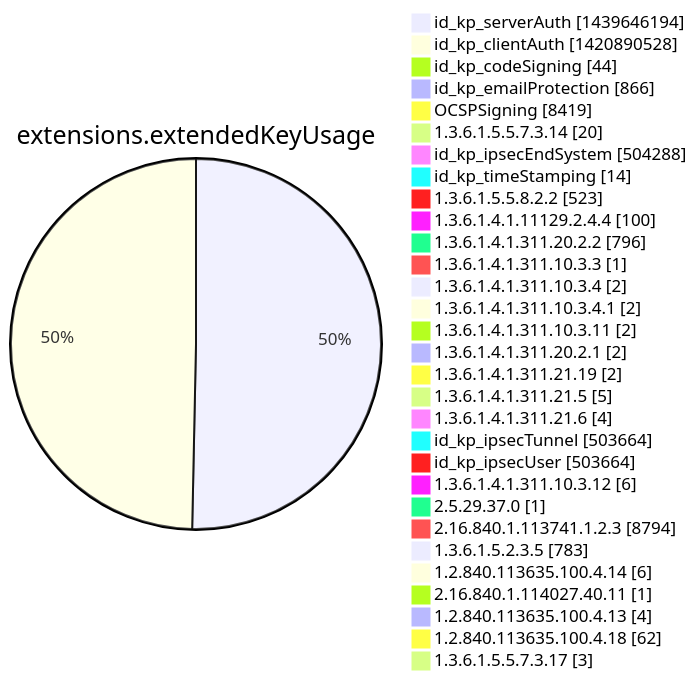
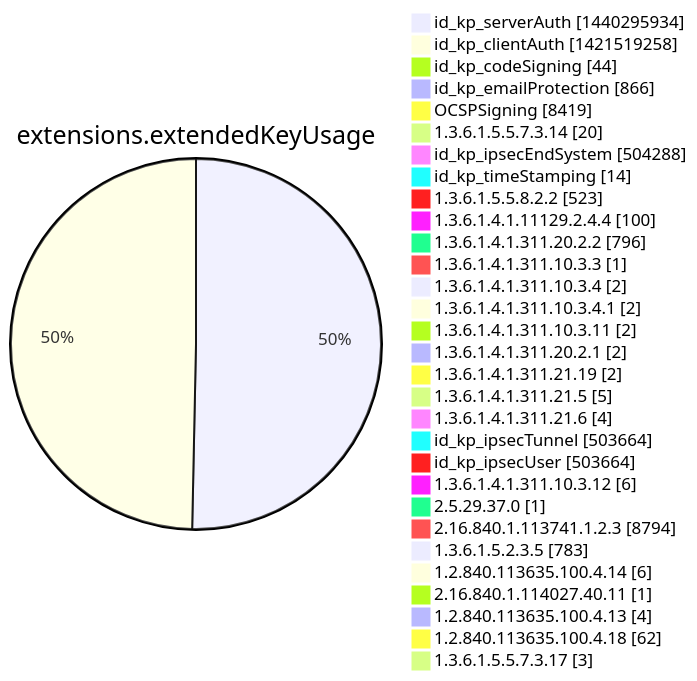
One commit to christiankrug/ctmonitor_visualization changed diagram 12 of 15 in argon2022/README.md. Above: the diagram before and after it, drawn with Mermaid. The commit also changed other lines of this file, not shown here.

````diff
--- a/argon2022/README.md
+++ b/argon2022/README.md
@@ -3555,34 +3555,34 @@
 ```mermaid
 pie showData
 title extensions.extendedKeyUsage
-"id_kp_serverAuth" :1439646194
-"id_kp_clientAuth" :1420890528
+"id_kp_serverAuth" :1440295934
+"id_kp_clientAuth" :1421519258
 "id_kp_codeSigning" :44
 "id_kp_emailProtection" :866
 "OCSPSigning" :8419
 "1.3.6.1.5.5.7.3.14" :20
 "id_kp_ipsecEndSystem" :504288
 "id_kp_timeStamping" :14
 "1.3.6.1.5.5.8.2.2" :523
 "1.3.6.1.4.1.11129.2.4.4" :100
 "1.3.6.1.4.1.311.20.2.2" :796
 "1.3.6.1.4.1.311.10.3.3" :1
 "1.3.6.1.4.1.311.10.3.4" :2
 "1.3.6.1.4.1.311.10.3.4.1" :2
 "1.3.6.1.4.1.311.10.3.11" :2
 "1.3.6.1.4.1.311.20.2.1" :2
 "1.3.6.1.4.1.311.21.19" :2
 "1.3.6.1.4.1.311.21.5" :5
 "1.3.6.1.4.1.311.21.6" :4
 "id_kp_ipsecTunnel" :503664
 "id_kp_ipsecUser" :503664
 "1.3.6.1.4.1.311.10.3.12" :6
 "2.5.29.37.0" :1
 "2.16.840.1.113741.1.2.3" :8794
 "1.3.6.1.5.2.3.5" :783
 "1.2.840.113635.100.4.14" :6
 "2.16.840.1.114027.40.11" :1
 "1.2.840.113635.100.4.13" :4
 "1.2.840.113635.100.4.18" :62
 "1.3.6.1.5.5.7.3.17" :3
 ```
````
